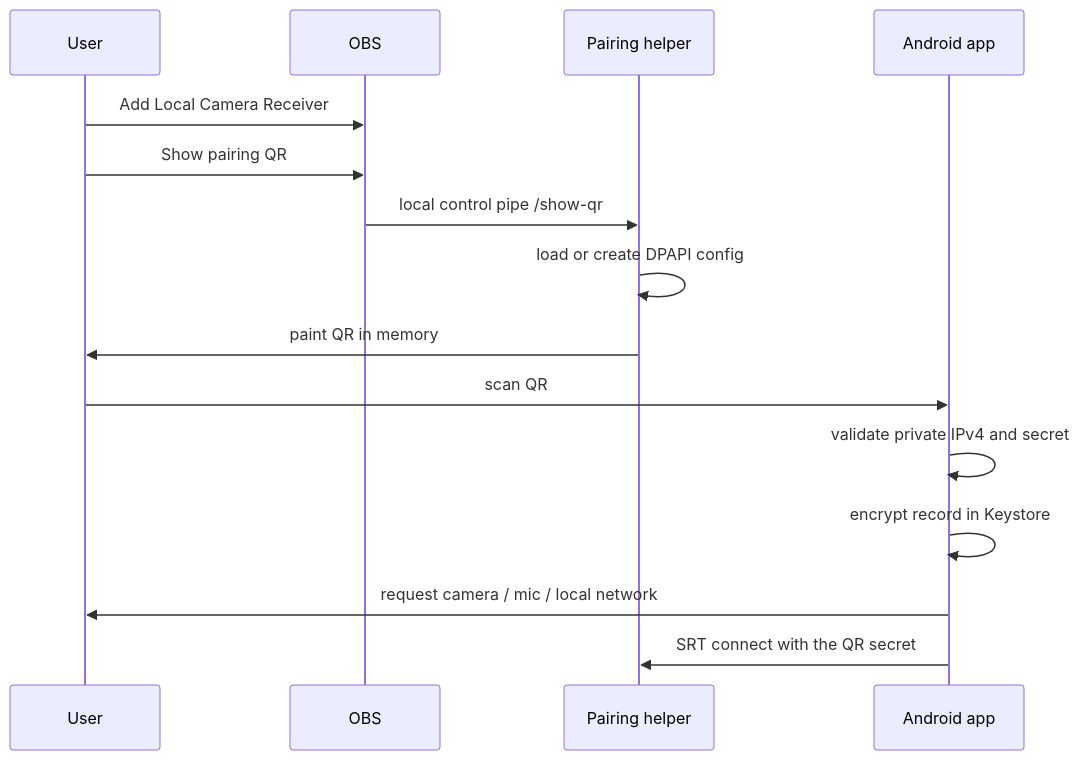
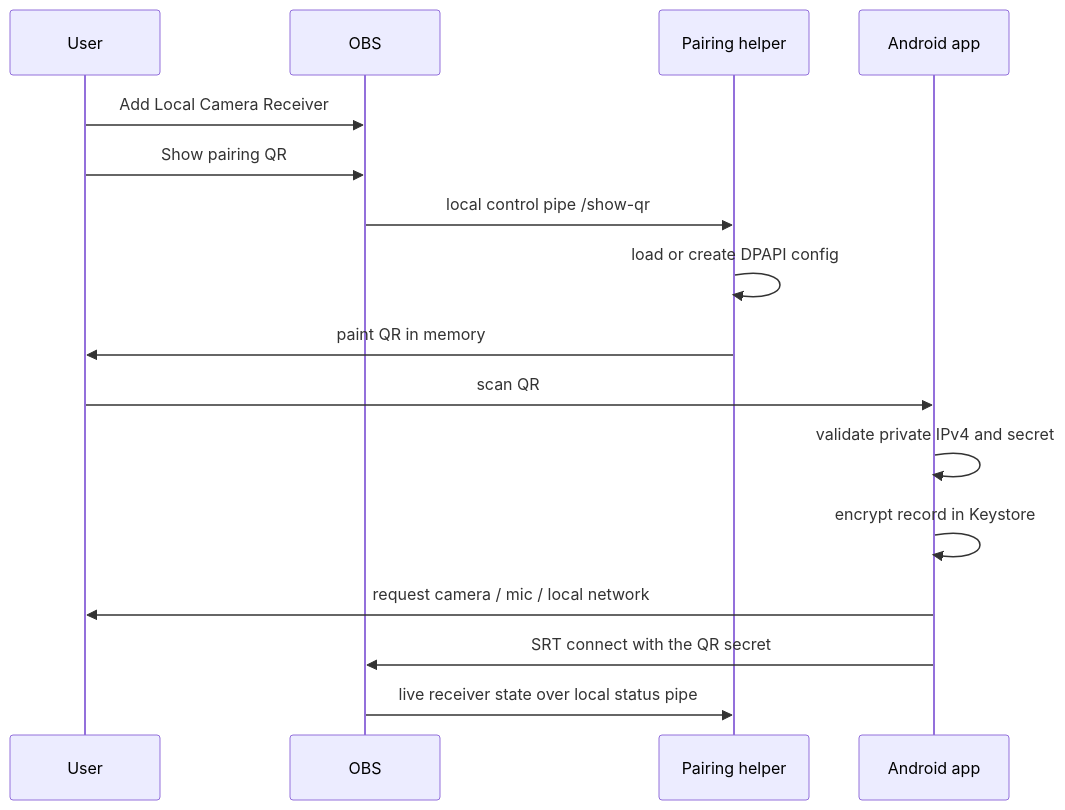
One commit to rithulbm/android2pc-stream changed the second of 5 diagrams in README.md. Above: the diagram before and after it, drawn with Mermaid. The commit also changed other lines of this file and 17 other files, not shown here.

````diff
--- a/README.md
+++ b/README.md
@@ -183,18 +194,19 @@
 ```mermaid
 sequenceDiagram
   participant User
   participant OBS
   participant Helper as Pairing helper
   participant Phone as Android app
 
   User->>OBS: Add Local Camera Receiver
   User->>OBS: Show pairing QR
   OBS->>Helper: local control pipe /show-qr
   Helper->>Helper: load or create DPAPI config
   Helper->>User: paint QR in memory
   User->>Phone: scan QR
   Phone->>Phone: validate private IPv4 and secret
   Phone->>Phone: encrypt record in Keystore
   Phone->>User: request camera / mic / local network
-  Phone->>Helper: SRT connect with the QR secret
+  Phone->>OBS: SRT connect with the QR secret
+  OBS->>Helper: live receiver state over local status pipe
 ```
````
